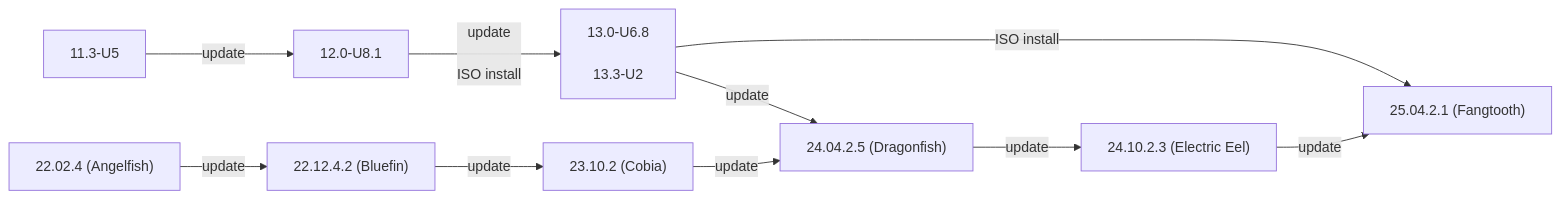
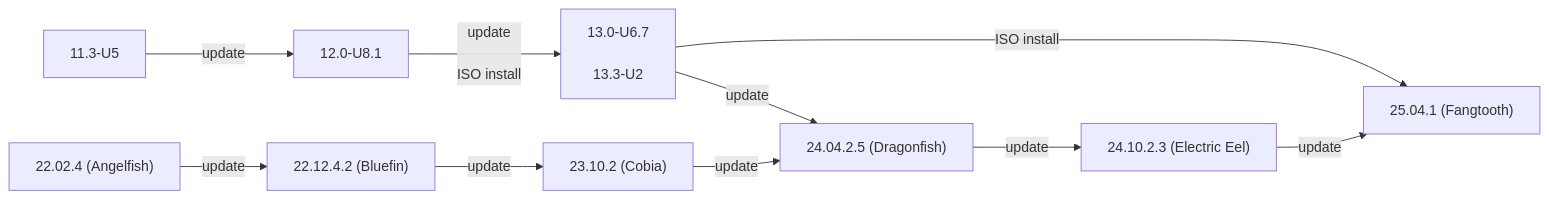
Before and after one commit to truenas/documentation: the first of 2 diagrams in static/includes/SCALEUpgradePaths.md, drawn with Mermaid. The commit also changed other lines of this file and 193 other files, not shown here.

```diff
--- a/static/includes/SCALEUpgradePaths.md
+++ b/static/includes/SCALEUpgradePaths.md
@@ -67,13 +67,13 @@
           {{< mermaid class="mermaid_sizing" >}}
           flowchart LR
             A["11.3-U5"] -->|update| B["12.0-U8.1"]
-            B -->|"update<br><br>ISO install"| C["13.0-U6.8<br><br>13.3-U2"]
+            B -->|"update<br><br>ISO install"| C["13.0-U6.7<br><br>13.3-U2"]
             C -->|update| G
             C -->|ISO install| I
             D["22.02.4 (Angelfish)"] -->|update| E
             E["22.12.4.2 (Bluefin)"] -->|update| F
             F["23.10.2 (Cobia)"] -->|update| G
             G["24.04.2.5 (Dragonfish)"] -->|update| H
             H["24.10.2.3 (Electric Eel)"] -->|update| I
-            I["25.04.2.1 (Fangtooth)"]
+            I["25.04.1 (Fangtooth)"]
           {{< /mermaid >}}
```
